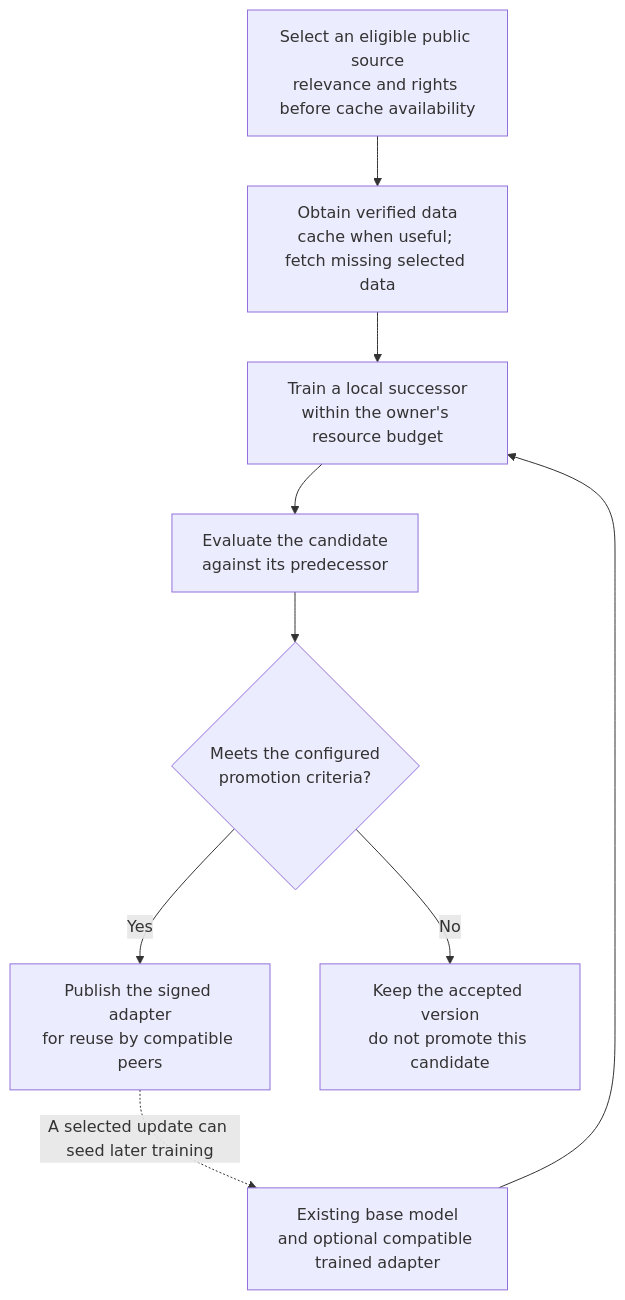
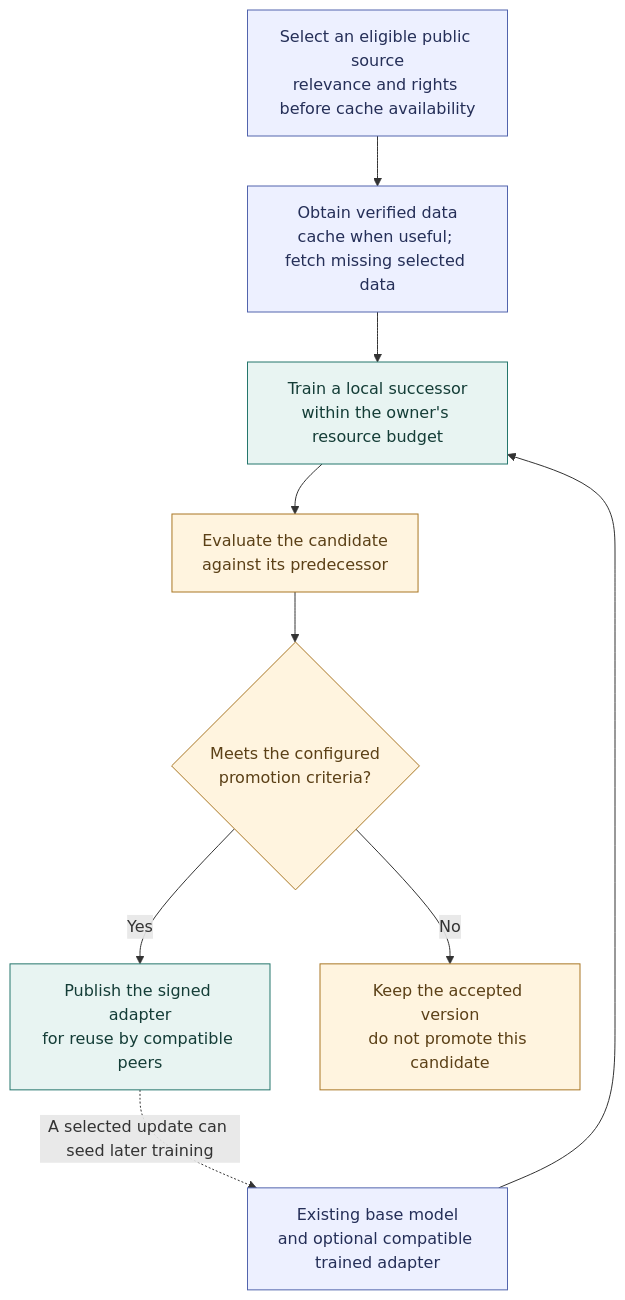
Before and after one commit to VOLPAROSSA/volparossa: the third of 4 diagrams in README.md, drawn with Mermaid. The commit also changed other lines of this file, not shown here.

````diff
--- a/README.md
+++ b/README.md
@@ -174,20 +216,27 @@
 ```mermaid
 flowchart TB
     S["Select an eligible public source<br/>relevance and rights before cache availability"]
     F["Obtain verified data<br/>cache when useful; fetch missing selected data"]
     M["Existing base model<br/>and optional compatible trained adapter"]
     T["Train a local successor<br/>within the owner's resource budget"]
     V["Evaluate the candidate<br/>against its predecessor"]
     D{"Meets the configured<br/>promotion criteria?"}
     P["Publish the signed adapter<br/>for reuse by compatible peers"]
     K["Keep the accepted version<br/>do not promote this candidate"]
 
     S --> F
     F --> T
     M --> T
     T --> V
     V --> D
     D -->|"Yes"| P
     D -->|"No"| K
     P -.->|"A selected update can seed later training"| M
+
+    classDef source fill:#edf0ff,stroke:#5264ad,color:#252f58;
+    classDef learning fill:#e8f4f2,stroke:#24766c,color:#143d37;
+    classDef review fill:#fff4df,stroke:#a97724,color:#5b4017;
+    class S,F,M source;
+    class T,P learning;
+    class V,D,K review;
 ```
````
